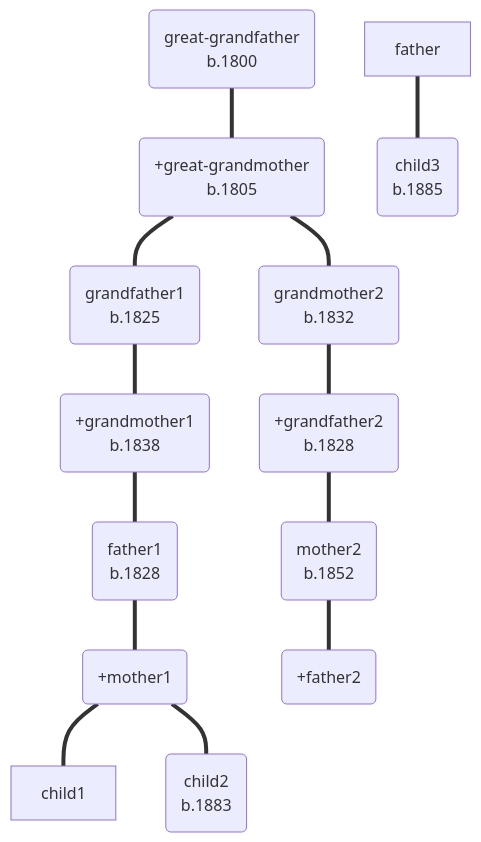
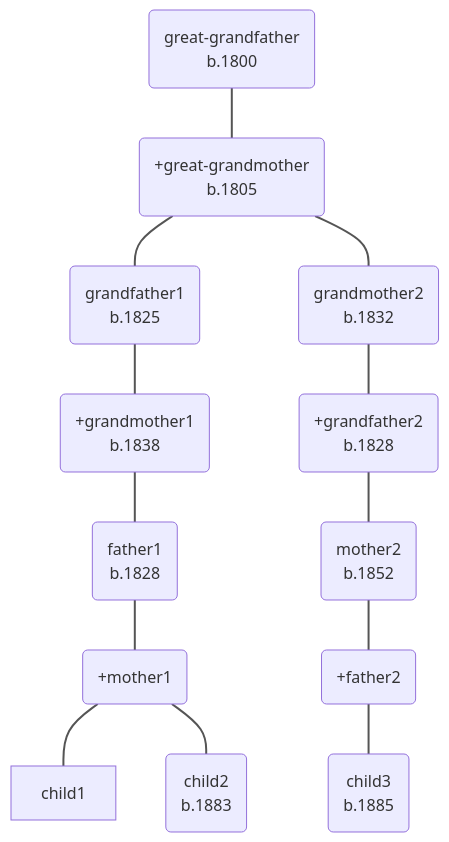
One commit to soul-family/family-tree changed the second of 2 diagrams in _docs/dev-guides/dev-tools-db/tool-mermaidjs.md. Above: the diagram before and after it, drawn with Mermaid. The commit also changed other lines of this file and 82 other files, not shown here.

````diff
--- a/_docs/dev-guides/dev-tools-db/tool-mermaidjs.md
+++ b/_docs/dev-guides/dev-tools-db/tool-mermaidjs.md
@@ -46,65 +46,66 @@
 ```mermaid
 flowchart TD
 
-    great-grandfather("`
-                great-grandfather
-                b.1800
-                `")
-        === great-grandmother("`
+    great-grandfather(
+        great-grandfather
+        b.1800
+        )
+        === great-grandmother(
                 +great-grandmother
                 b.1805
-                `")
+                )
+
     great-grandmother 
-        === grandfather1("`
+        === grandfather1(
             grandfather1<br/>b.1825
-            `")
+            )
     great-grandmother 
-        === grandmother2("`
+        === grandmother2(
             grandmother2<br/>b.1830
-            `")
+            )
     
     grandfather1 
-        === grandmother1("`
+        === grandmother1(
             +grandmother1<br/>b.1838
-            `")
-    grandmother2("`
+            )
+    grandmother2(
             grandmother2<br/>b.1832
-            `") 
-        === grandfather2("`
+            ) 
+        === grandfather2(
     +grandfather2<br/>b.1828
-    `")
+    )
 
     grandfather2 
-        === mother2("`
+        === mother2(
             mother2<br/>b.1852
-            `")
+            )
     grandmother1 
-        === father1("`
+        === father1(
             father1<br/>b.1828
-            `")
+            )
     
     father1 
-        === mother1("`
+        === mother1(
             +mother1
-            `")
+            )
 
     mother1 
         === child1
 
     mother1 
-        === child2("`
+        === child2(
             child2<br/>b.1883
-            `")
+            )
     
     mother2 
-        === father2("`
+        === father2(
             +father2
-            `")
-    father
+            )
+    father2
         ===
-     child3("`
+     child3(
             child3<br/>b.1885
-            `")
+            )
 
-    linkStyle default stroke-width:4px
+    linkStyle default stroke:#555,stroke-width:2px
 ```
````
